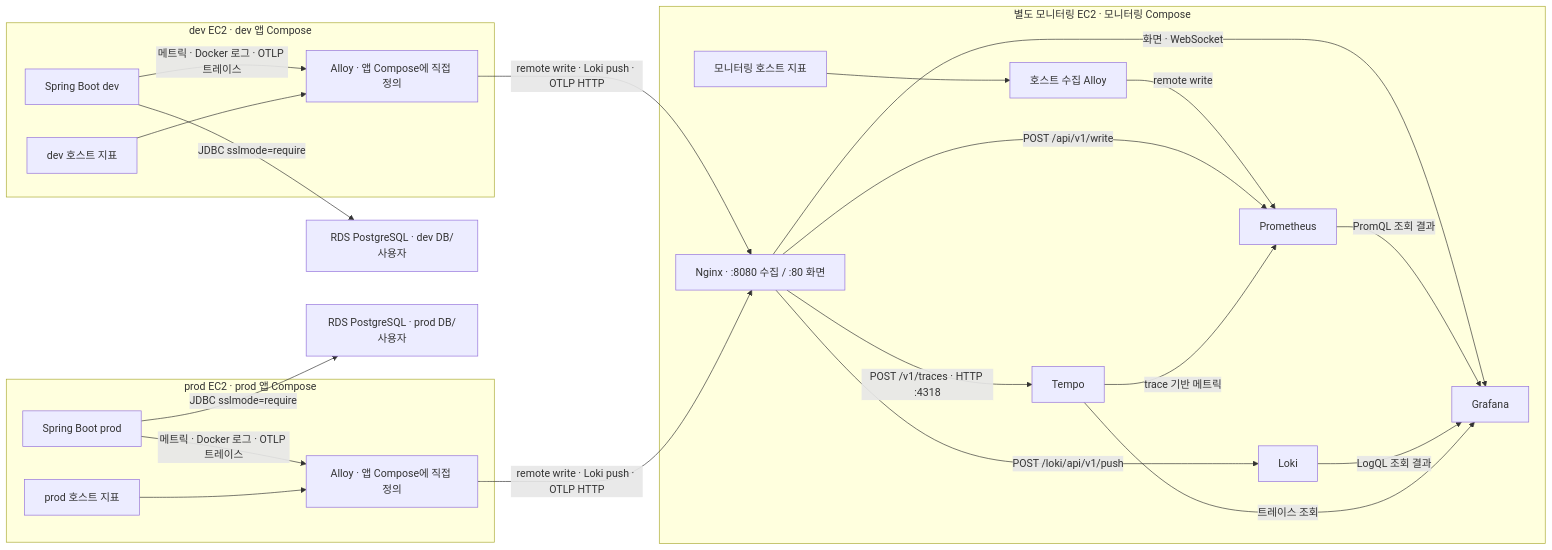
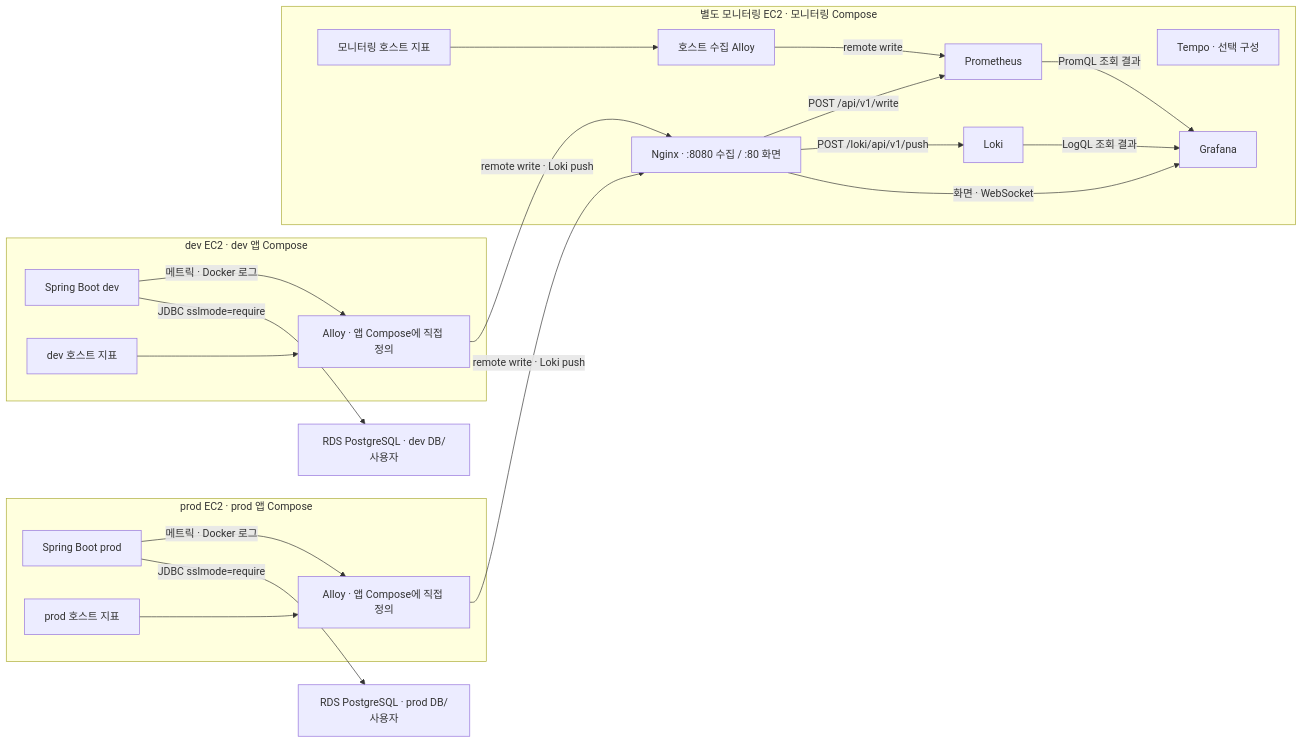
Before and after one commit to woowacourse-teams/2026-jarihana: the first of 2 diagrams in infra/docs/observability/ARCHITECTURE.md, drawn with Mermaid. The commit also changed other lines of this file and 38 other files, not shown here.

````diff
--- a/infra/docs/observability/ARCHITECTURE.md
+++ b/infra/docs/observability/ARCHITECTURE.md
@@ -31,37 +32,34 @@
 ```mermaid
 flowchart LR
   subgraph DEV["dev EC2 · dev 앱 Compose"]
     DEVAPP["Spring Boot dev"]
     DEVALLOY["Alloy · 앱 Compose에 직접 정의"]
-    DEVAPP -->|"메트릭 · Docker 로그 · OTLP 트레이스"| DEVALLOY
+    DEVAPP -->|"메트릭 · Docker 로그"| DEVALLOY
     DEVHOST["dev 호스트 지표"] --> DEVALLOY
   end
   subgraph PROD["prod EC2 · prod 앱 Compose"]
     PRODAPP["Spring Boot prod"]
     PRODALLOY["Alloy · 앱 Compose에 직접 정의"]
-    PRODAPP -->|"메트릭 · Docker 로그 · OTLP 트레이스"| PRODALLOY
+    PRODAPP -->|"메트릭 · Docker 로그"| PRODALLOY
     PRODHOST["prod 호스트 지표"] --> PRODALLOY
   end
   DEVRDS["RDS PostgreSQL · dev DB/사용자"]
   PRODRDS["RDS PostgreSQL · prod DB/사용자"]
   DEVAPP -->|"JDBC sslmode=require"| DEVRDS
   PRODAPP -->|"JDBC sslmode=require"| PRODRDS
   subgraph MON["별도 모니터링 EC2 · 모니터링 Compose"]
     MONHOST["모니터링 호스트 지표"] --> MONALLOY["호스트 수집 Alloy"]
     MONALLOY -->|"remote write"| PROM["Prometheus"]
     LOKI["Loki"]
-    TEMPO["Tempo"]
+    TEMPO["Tempo · 선택 구성"]
     GRAF["Grafana"]
     NGINX["Nginx · :8080 수집 / :80 화면"]
     NGINX -->|"POST /api/v1/write"| PROM
     NGINX -->|"POST /loki/api/v1/push"| LOKI
-    NGINX -->|"POST /v1/traces · HTTP :4318"| TEMPO
     NGINX -->|"화면 · WebSocket"| GRAF
     PROM -->|"PromQL 조회 결과"| GRAF
     LOKI -->|"LogQL 조회 결과"| GRAF
-    TEMPO -->|"트레이스 조회"| GRAF
-    TEMPO -->|"trace 기반 메트릭"| PROM
   end
-  DEVALLOY -->|"remote write · Loki push · OTLP HTTP"| NGINX
-  PRODALLOY -->|"remote write · Loki push · OTLP HTTP"| NGINX
+  DEVALLOY -->|"remote write · Loki push"| NGINX
+  PRODALLOY -->|"remote write · Loki push"| NGINX
 ```
````
